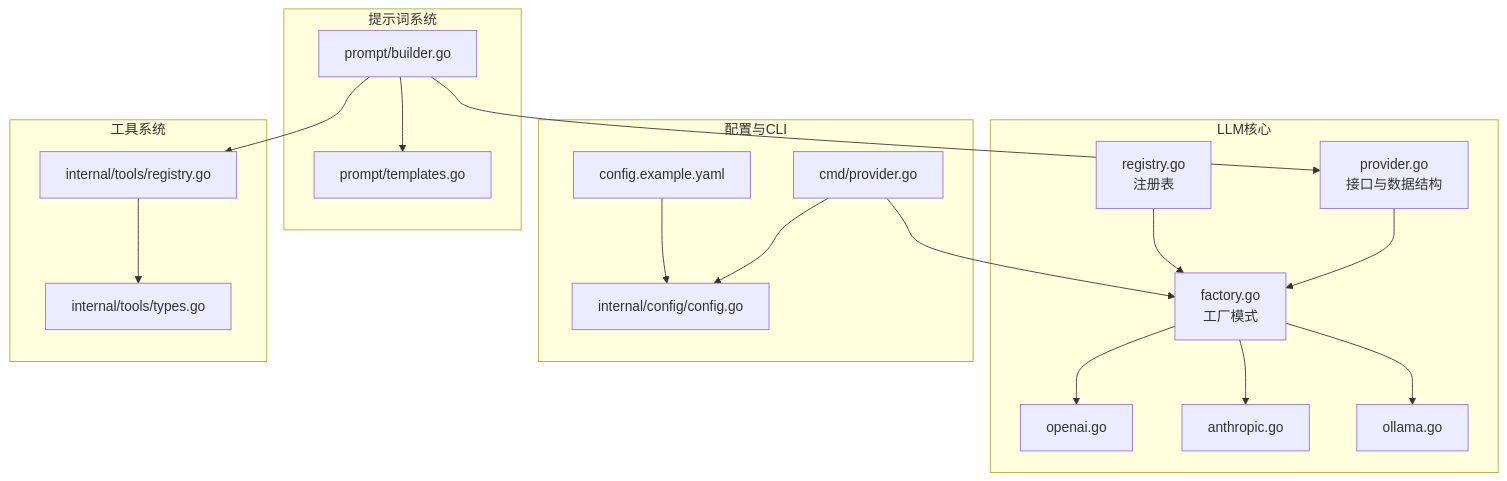
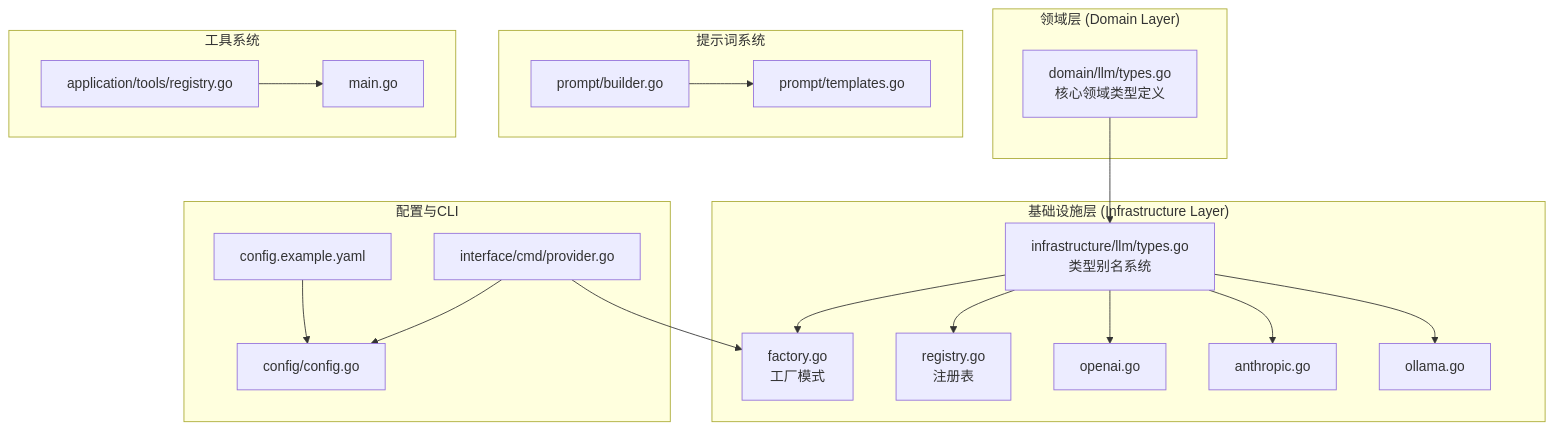
The first of 9 diagrams in .qoder/repowiki/zh/content/LLM集成系统/LLM集成系统.md (zwh8800/cdnd), drawn with Mermaid before and after one commit. The commit also changed other lines of this file and 11 other files, not shown here.

````diff
--- a/.qoder/repowiki/zh/content/LLM集成系统/LLM集成系统.md
+++ b/.qoder/repowiki/zh/content/LLM集成系统/LLM集成系统.md
@@ -48,36 +61,38 @@
 ```mermaid
 graph TB
-subgraph "LLM核心"
-P["provider.go<br/>接口与数据结构"]
+subgraph "领域层 (Domain Layer)"
+DL["domain/llm/types.go<br/>核心领域类型定义"]
+end
+subgraph "基础设施层 (Infrastructure Layer)"
+IL["infrastructure/llm/types.go<br/>类型别名系统"]
 F["factory.go<br/>工厂模式"]
 R["registry.go<br/>注册表"]
 OA["openai.go"]
 AN["anthropic.go"]
 OL["ollama.go"]
 end
 subgraph "提示词系统"
 PB["prompt/builder.go"]
 PT["prompt/templates.go"]
 end
 subgraph "配置与CLI"
-CFG["internal/config/config.go"]
-CMD["cmd/provider.go"]
+CFG["config/config.go"]
+CMD["interface/cmd/provider.go"]
 EX["config.example.yaml"]
 end
 subgraph "工具系统"
-TR["internal/tools/registry.go"]
-TT["internal/tools/types.go"]
+TR["application/tools/registry.go"]
+MAIN["main.go"]
 end
-P --> F
-F --> OA
-F --> AN
-F --> OL
-R --> F
+DL --> IL
+IL --> F
+IL --> R
+IL --> OA
+IL --> AN
+IL --> OL
 PB --> PT
-PB --> P
-PB --> TR
 CMD --> CFG
 CMD --> F
 EX --> CFG
-TR --> TT
+TR --> MAIN
 ```
````
